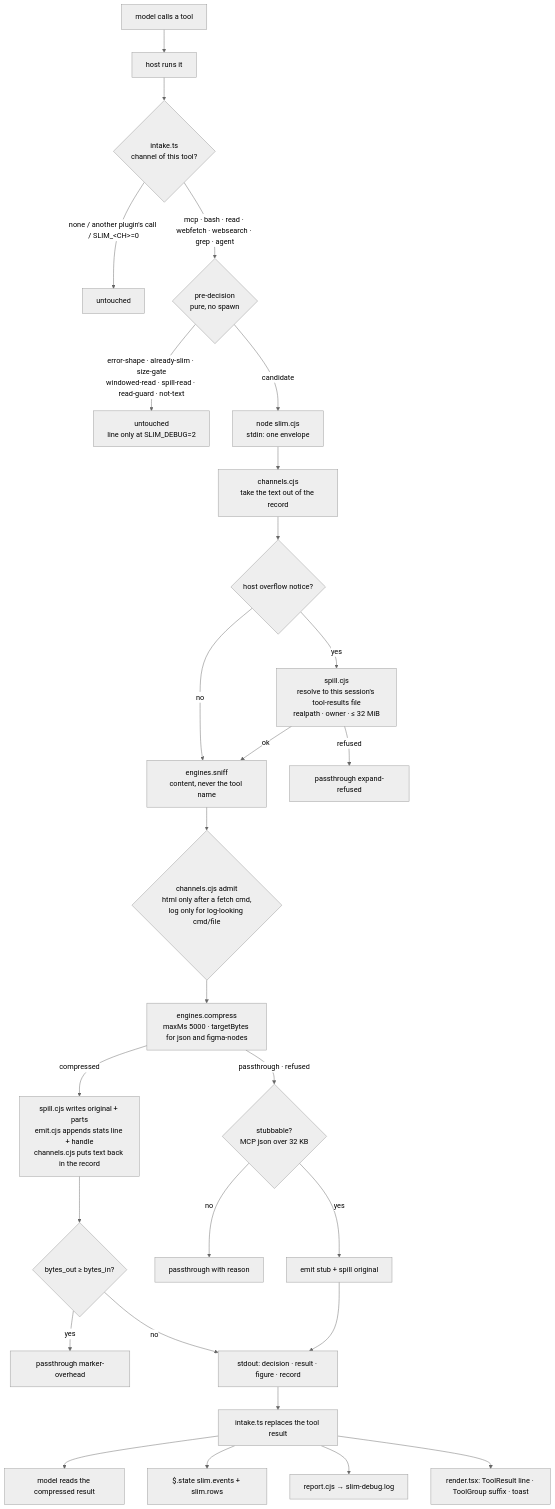
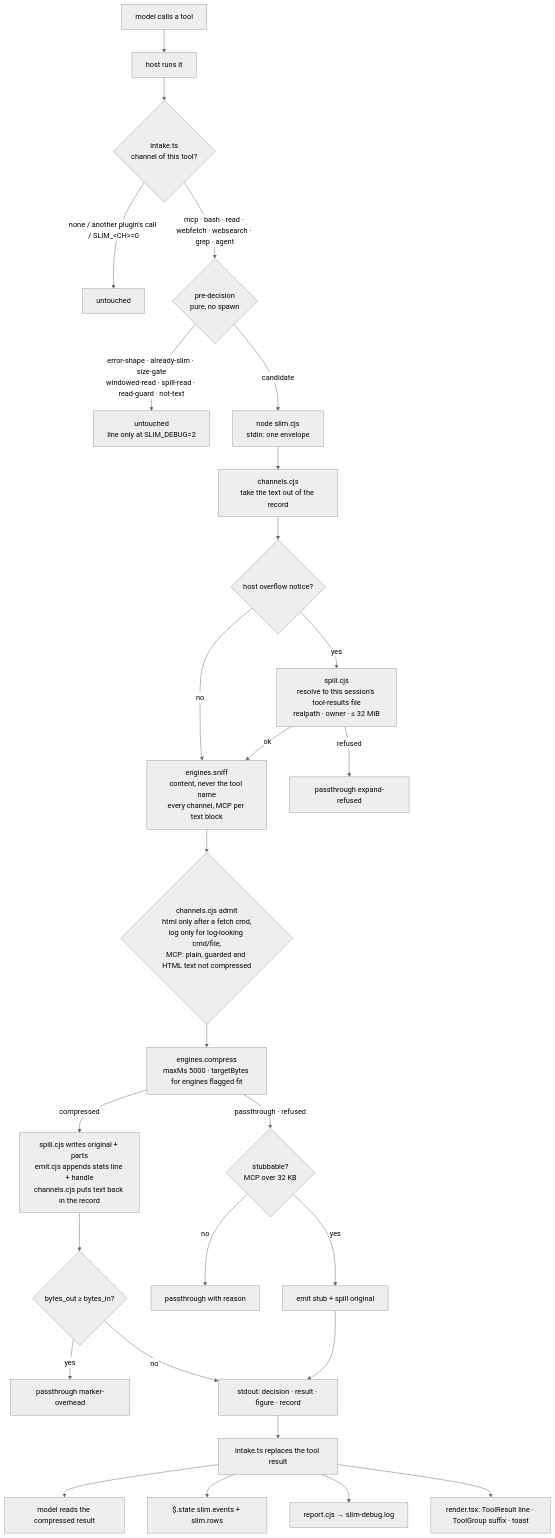
One commit to domaine-oleksandr-kever/claude-plugins changed the diagram in plugins/slim/ARCHITECTURE.md. Above: the diagram before and after it, drawn with Mermaid (neutral theme). The commit also changed other lines of this file and 15 other files, not shown here.

````diff
--- a/plugins/slim/ARCHITECTURE.md
+++ b/plugins/slim/ARCHITECTURE.md
@@ -91,30 +92,30 @@
 ```mermaid
 flowchart TD
   A[model calls a tool] --> B[host runs it]
   B --> C{intake.ts<br/>channel of this tool?}
   C -- none / another plugin's call / SLIM_&lt;CH&gt;=0 --> Z0[untouched]
   C -- mcp · bash · read · webfetch · websearch · grep · agent --> D{pre-decision<br/>pure, no spawn}
   D -- error-shape · already-slim · size-gate<br/>windowed-read · spill-read · read-guard · not-text --> Z1[untouched<br/>line only at SLIM_DEBUG=2]
   D -- candidate --> E[node slim.cjs<br/>stdin: one envelope]
   E --> F[channels.cjs<br/>take the text out of the record]
   F --> G{host overflow notice?}
   G -- yes --> H[spill.cjs<br/>resolve to this session's tool-results file<br/>realpath · owner · ≤ 32 MiB]
   G -- no --> I
   H -- refused --> Z2[passthrough expand-refused]
-  H -- ok --> I[engines.sniff<br/>content, never the tool name]
-  I --> J{channels.cjs admit<br/>html only after a fetch cmd,<br/>log only for log-looking cmd/file}
-  J --> K[engines.compress<br/>maxMs 5000 · targetBytes for json and figma-nodes]
-  K -- passthrough · refused --> L{stubbable?<br/>MCP json over 32 KB}
+  H -- ok --> I[engines.sniff<br/>content, never the tool name<br/>every channel, MCP per text block]
+  I --> J{channels.cjs admit<br/>html only after a fetch cmd,<br/>log only for log-looking cmd/file,<br/>MCP: plain, guarded and HTML text not compressed}
+  J --> K[engines.compress<br/>maxMs 5000 · targetBytes for engines flagged fit]
+  K -- passthrough · refused --> L{stubbable?<br/>MCP over 32 KB}
   L -- yes --> M[emit stub + spill original]
   L -- no --> Z3[passthrough with reason]
   K -- compressed --> N[spill.cjs writes original + parts<br/>emit.cjs appends stats line + handle<br/>channels.cjs puts text back in the record]
   N --> O{bytes_out ≥ bytes_in?}
   O -- yes --> Z4[passthrough marker-overhead]
   O -- no --> P[stdout: decision · result · figure · record]
   M --> P
   P --> Q[intake.ts replaces the tool result]
   Q --> R1[model reads the compressed result]
   Q --> R2[$.state slim.events + slim.rows]
   Q --> R3[report.cjs → slim-debug.log]
   Q --> R4[render.tsx: ToolResult line · ToolGroup suffix · toast]
 ```
````
